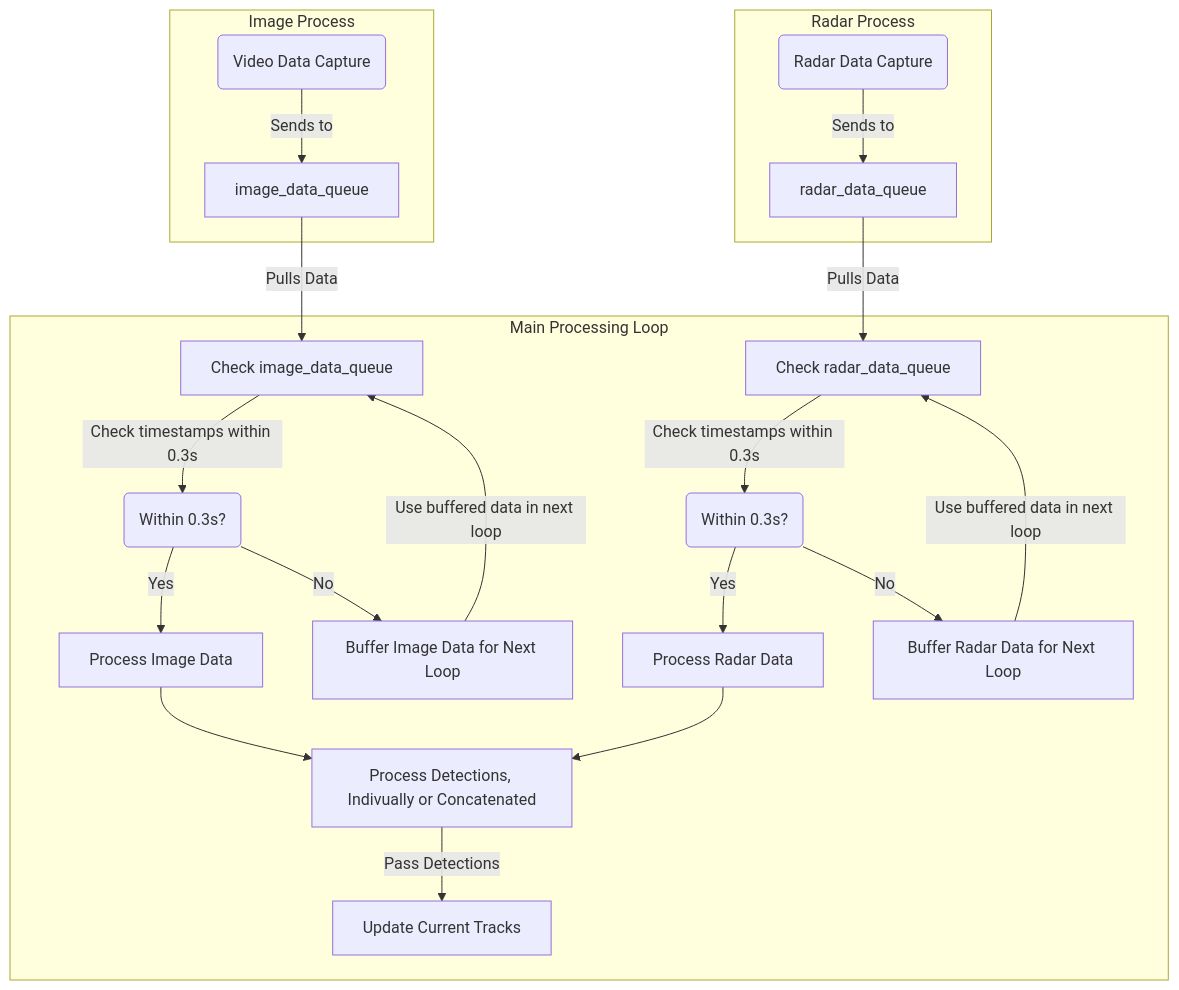
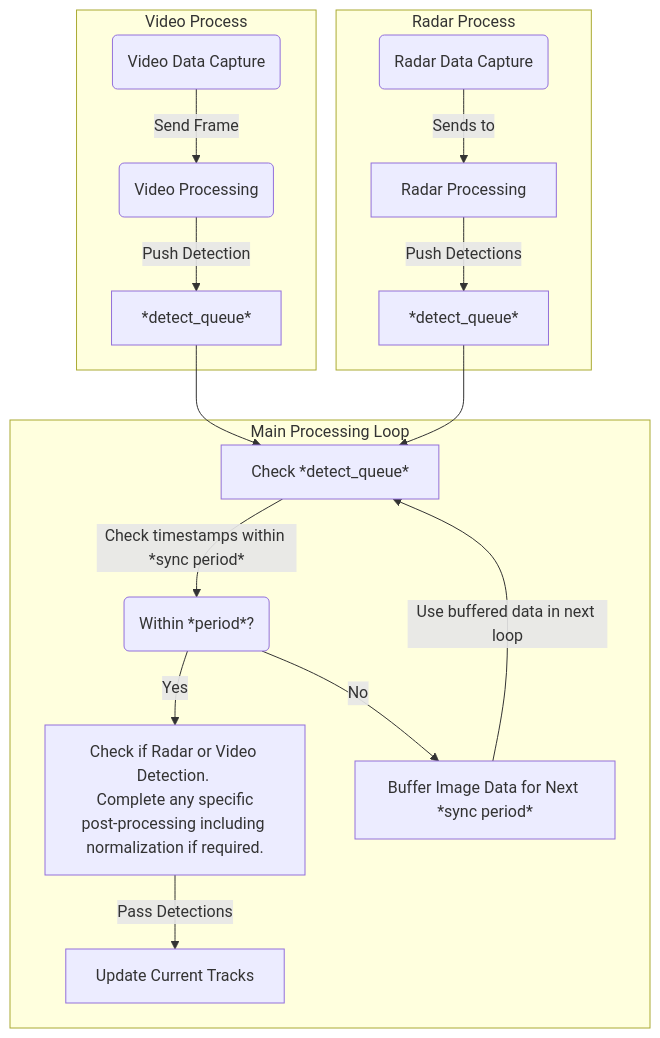
The second of 2 diagrams in docs/index.md (nathanbowness/UAV-Object-Tracking), drawn with Mermaid before and after one commit. The commit also changed other lines of this file and 20 other files, not shown here.

````diff
--- a/docs/index.md
+++ b/docs/index.md
@@ -70,34 +69,31 @@
 ```mermaid
-graph TD
-    subgraph Image Process
-        A1(Video Data Capture)
-        A1 -->|Sends to| Q1[image_data_queue]
-    end
-
-    subgraph Radar Process
-        B1(Radar Data Capture)
-        B1 -->|Sends to| Q2[radar_data_queue]
-    end
-
-    subgraph Main Processing Loop
-        Q1 -->|Pulls Data| P1[Check image_data_queue]
-        Q2 -->|Pulls Data| P2[Check radar_data_queue]
-        
-        P1 -->|Check timestamps within 0.3s| D1(Within 0.3s?)
-        P2 -->|Check timestamps within 0.3s| D2(Within 0.3s?)
-        
-        D1 -->|Yes| I1[Process Image Data]
-        D2 -->|Yes| R1[Process Radar Data]
-        
-        D1 -->|No| I2[Buffer Image Data for Next Loop]
-        D2 -->|No| R2[Buffer Radar Data for Next Loop]
-        
-        I1 --> M1[Process Detections, Indivually or Concatenated]
-        R1 --> M1
-
-        M1 -->|Pass Detections| T1[Update Current Tracks]
-        
-        I2 -->|Use buffered data in next loop| P1
-        R2 -->|Use buffered data in next loop| P2
-    end
+flowchart TD
+ subgraph subGraph0["Video Process"]
+        A1("Video Data Capture")
+        Y1("Video Processing")
+        Q1["*detect_queue*"]
+  end
+ subgraph subGraph1["Radar Process"]
+        B1("Radar Data Capture")
+        Z1["Radar Processing"]
+        Q2["*detect_queue*"]
+  end
+ subgraph subGraph2["Main Processing Loop"]
+        P1["Check *detect_queue*"]
+        D1("Within *period*?")
+        I1["Check if Radar or Video Detection. <br> Complete any specific post-processing including normalization if required."]
+        I2["Buffer Image Data for Next *sync period*"]
+        T1["Update Current Tracks"]
+  end
+    A1 -- Send Frame --> Y1
+    Y1 -- Push Detection --> Q1
+    B1 -- Sends to --> Z1
+    Z1 -- Push Detections --> Q2
+    Q1 --> P1
+    Q2 --> P1
+    P1 -- Check timestamps within *sync period* --> D1
+    D1 -- Yes --> I1
+    D1 -- No --> I2
+    I1 -- Pass Detections --> T1
+    I2 -- Use buffered data in next loop --> P1
 ```
````
